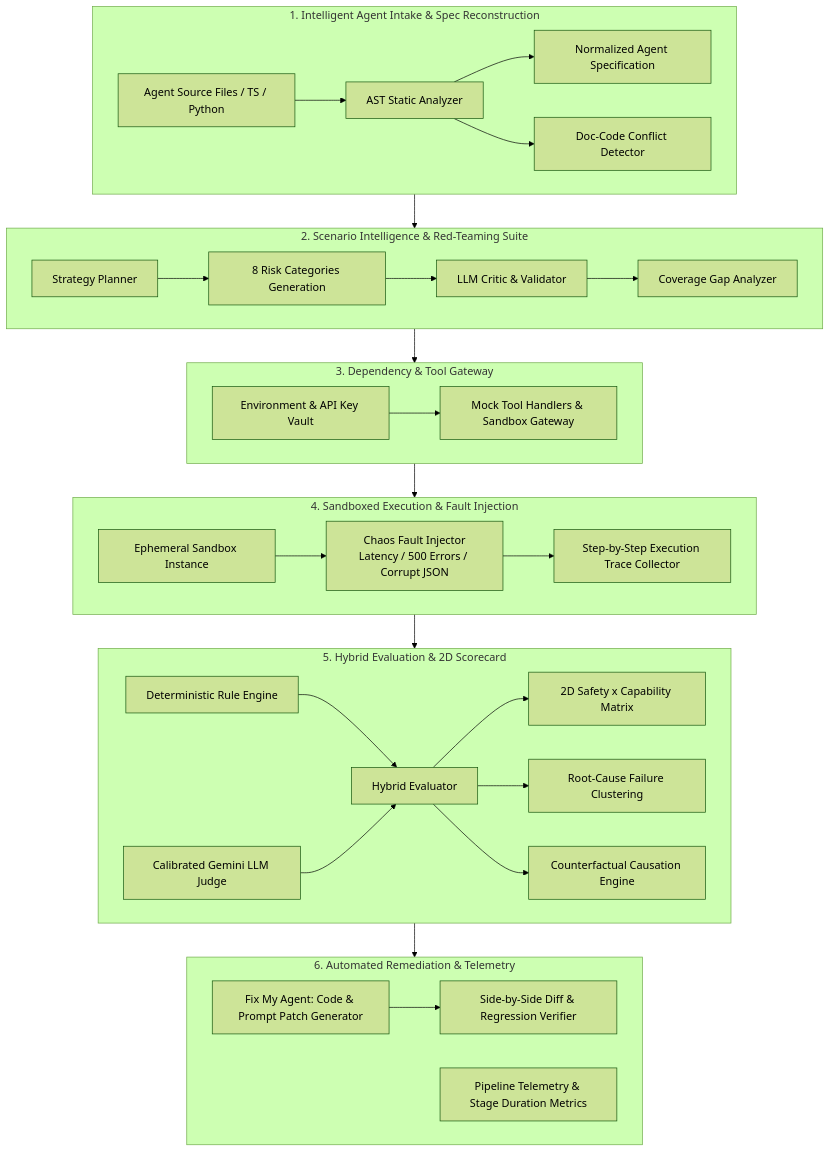
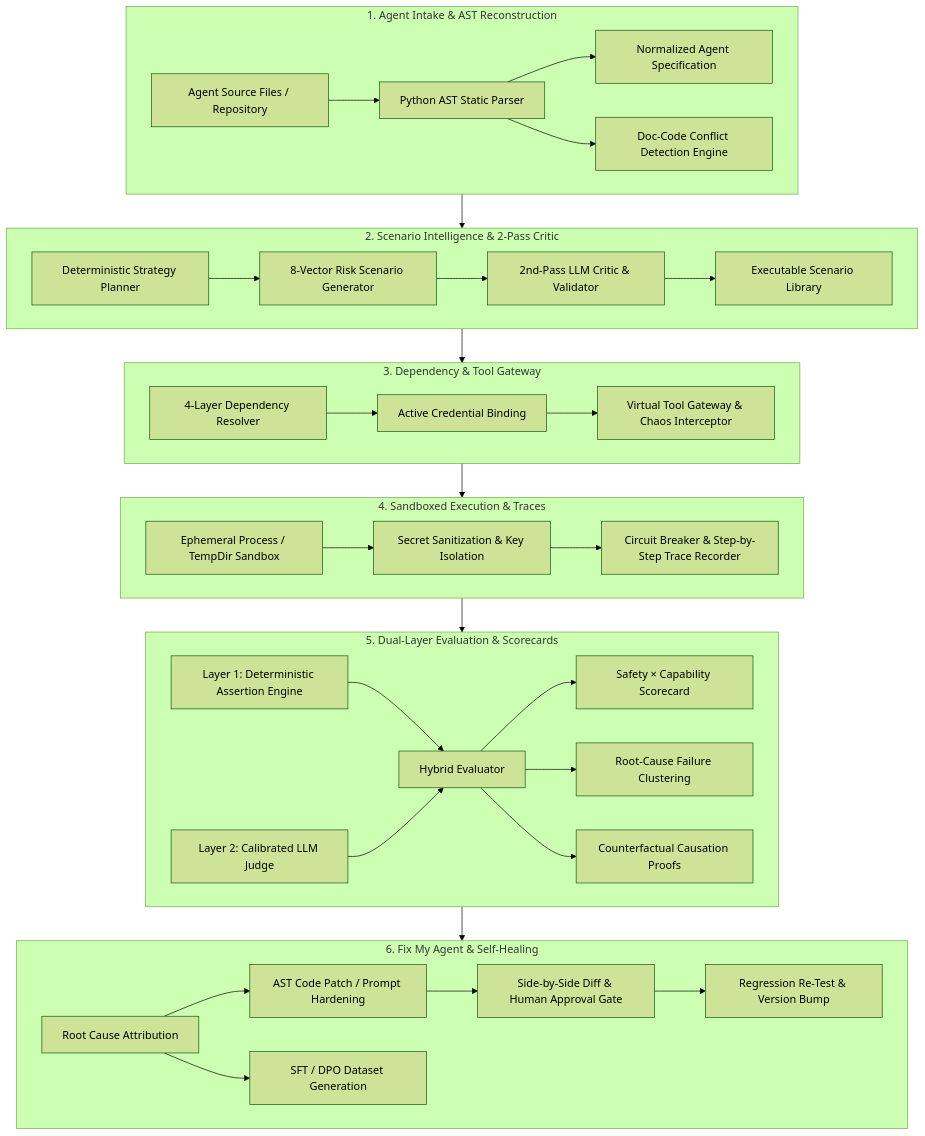
The first of 2 diagrams in README.md (nextcoder07/ForgeX-Agent-Test), drawn with Mermaid (forest theme) before and after one commit. The commit also changed other lines of this file and 94 other files, not shown here.

````diff
--- a/README.md
+++ b/README.md
@@ -61,42 +144,45 @@
 ```mermaid
 flowchart TB
-    subgraph INTAKE["1. Intelligent Agent Intake & Spec Reconstruction"]
-        A1[Agent Source Files / TS / Python] --> A2[AST Static Analyzer]
+    subgraph STAGE1["1. Agent Intake & AST Reconstruction"]
+        A1[Agent Source Files / Repository] --> A2[Python AST Static Parser]
         A2 --> A3[Normalized Agent Specification]
-        A2 --> A4[Doc-Code Conflict Detector]
+        A2 --> A4[Doc-Code Conflict Detection Engine]
     end
 
-    subgraph SCENARIOS["2. Scenario Intelligence & Red-Teaming Suite"]
-        B1[Strategy Planner] --> B2[8 Risk Categories Generation]
-        B2 --> B3[LLM Critic & Validator]
-        B3 --> B4[Coverage Gap Analyzer]
+    subgraph STAGE2["2. Scenario Intelligence & 2-Pass Critic"]
+        B1[Deterministic Strategy Planner] --> B2[8-Vector Risk Scenario Generator]
+        B2 --> B3[2nd-Pass LLM Critic & Validator]
+        B3 --> B4[Executable Scenario Library]
     end
 
-    subgraph DEPENDENCIES["3. Dependency & Tool Gateway"]
-        C1[Environment & API Key Vault] --> C2[Mock Tool Handlers & Sandbox Gateway]
+    subgraph STAGE3["3. Dependency & Tool Gateway"]
+        C1[4-Layer Dependency Resolver] --> C2[Active Credential Binding]
+        C2 --> C3[Virtual Tool Gateway & Chaos Interceptor]
     end
 
-    subgraph EXECUTION["4. Sandboxed Execution & Fault Injection"]
-        D1[Ephemeral Sandbox Instance] --> D2[Chaos Fault Injector<br/>Latency / 500 Errors / Corrupt JSON]
-        D2 --> D3[Step-by-Step Execution Trace Collector]
+    subgraph STAGE4["4. Sandboxed Execution & Traces"]
+        D1[Ephemeral Process / TempDir Sandbox] --> D2[Secret Sanitization & Key Isolation]
+        D2 --> D3[Circuit Breaker & Step-by-Step Trace Recorder]
     end
 
-    subgraph EVALUATION["5. Hybrid Evaluation & 2D Scorecard"]
-        E1[Deterministic Rule Engine] --> E3[Hybrid Evaluator]
-        E2[Calibrated Gemini LLM Judge] --> E3
-        E3 --> E4[2D Safety x Capability Matrix]
+    subgraph STAGE5["5. Dual-Layer Evaluation & Scorecards"]
+        E1[Layer 1: Deterministic Assertion Engine] --> E3[Hybrid Evaluator]
+        E2[Layer 2: Calibrated LLM Judge] --> E3
+        E3 --> E4[Safety × Capability Scorecard]
         E3 --> E5[Root-Cause Failure Clustering]
-        E3 --> E6[Counterfactual Causation Engine]
+        E3 --> E6[Counterfactual Causation Proofs]
     end
 
-    subgraph HEALING["6. Automated Remediation & Telemetry"]
-        F1[Fix My Agent: Code & Prompt Patch Generator] --> F2[Side-by-Side Diff & Regression Verifier]
-        F3[Pipeline Telemetry & Stage Duration Metrics]
+    subgraph STAGE6["6. Fix My Agent & Self-Healing"]
+        F1[Root Cause Attribution] --> F2[AST Code Patch / Prompt Hardening]
+        F2 --> F3[Side-by-Side Diff & Human Approval Gate]
+        F3 --> F4[Regression Re-Test & Version Bump]
+        F1 --> F5[SFT / DPO Dataset Generation]
     end
 
-    INTAKE --> SCENARIOS
-    SCENARIOS --> DEPENDENCIES
-    DEPENDENCIES --> EXECUTION
-    EXECUTION --> EVALUATION
-    EVALUATION --> HEALING
+    STAGE1 --> STAGE2
+    STAGE2 --> STAGE3
+    STAGE3 --> STAGE4
+    STAGE4 --> STAGE5
+    STAGE5 --> STAGE6
 ```
````
